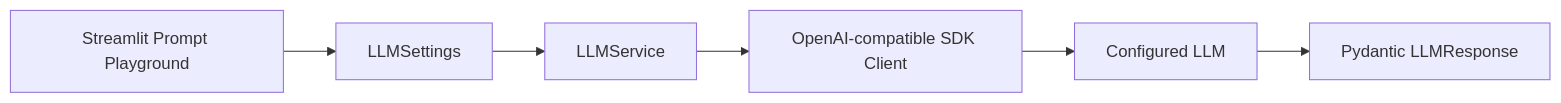
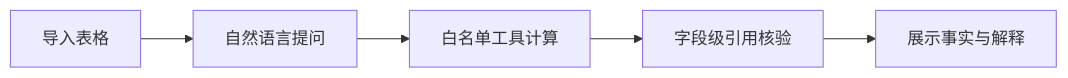
One commit to ZW-max-1224/DataPilot-AI changed the diagram in README.md. Above: the diagram before and after it, drawn with Mermaid. The commit also changed other lines of this file and 5 other files, not shown here.

````diff
--- a/README.md
+++ b/README.md
@@ -239,8 +79,7 @@
 ```mermaid
 flowchart LR
-  UI[Streamlit Prompt Playground] --> S[LLMSettings]
-  S --> L[LLMService]
-  L --> C[OpenAI-compatible SDK Client]
-  C --> M[Configured LLM]
-  M --> R[Pydantic LLMResponse]
+    A[导入表格] --> B[自然语言提问]
+    B --> C[白名单工具计算]
+    C --> D[字段级引用核验]
+    D --> E[展示事实与解释]
 ```
````
